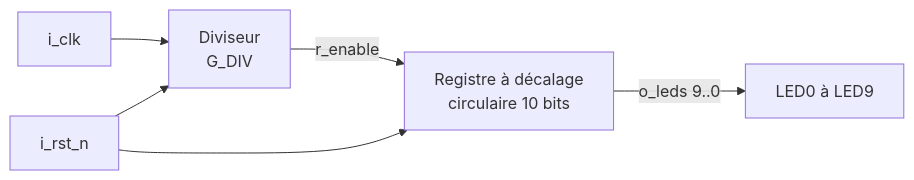
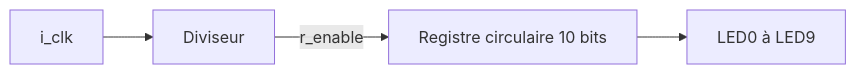
Before and after one commit to aminemegderENSEA/2627_2A_FPGA_MEGDER_HAJJI-LAAMOURI: the third of 3 diagrams in README.md, drawn with Mermaid. The commit also changed other lines of this file, not shown here.

````diff
--- a/README.md
+++ b/README.md
@@ -265,8 +207,6 @@
 ```mermaid
 flowchart LR
-    CLK[i_clk] --> DIV["Diviseur<br/>G_DIV"]
-    RST[i_rst_n] --> DIV
-    RST --> SR
-    DIV -->|r_enable| SR["Registre à décalage<br/>circulaire 10 bits"]
-    SR -->|o_leds 9..0| LEDS[LED0 à LED9]
+    CLK[i_clk] --> DIV[Diviseur]
+    DIV -->|r_enable| SR["Registre circulaire 10 bits"]
+    SR --> LEDS[LED0 à LED9]
 ```
````
